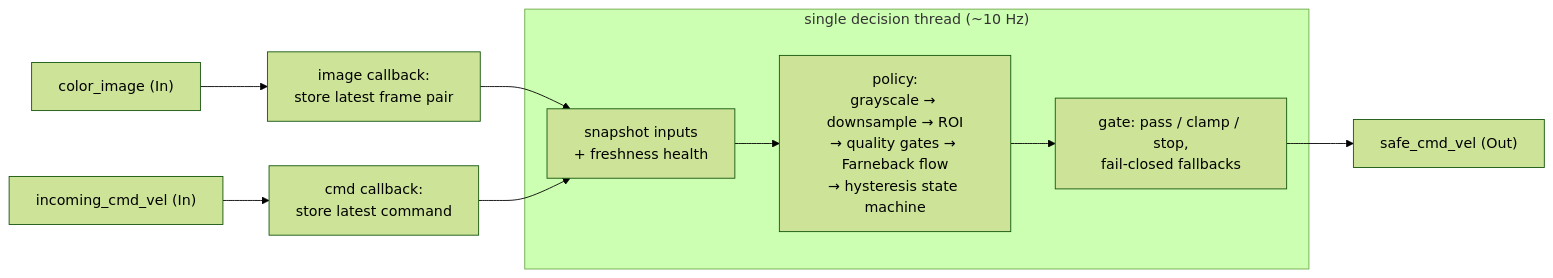
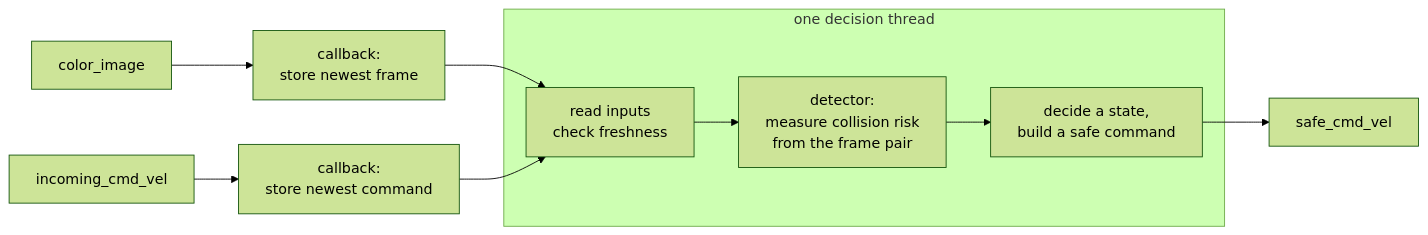
One commit to pmg5408/dimos-collision-guardrail changed the diagram in README.md. Above: the diagram before and after it, drawn with Mermaid (forest theme). The commit also changed other lines of this file, not shown here.

````diff
--- a/README.md
+++ b/README.md
@@ -24,12 +36,12 @@
 ```mermaid
 flowchart LR
-    CAM["color_image (In)"] --> CB1["image callback:<br/>store latest frame pair"]
-    NAV["incoming_cmd_vel (In)"] --> CB2["cmd callback:<br/>store latest command"]
+    CAM["color_image"] --> CB1["callback:<br/>store newest frame"]
+    NAV["incoming_cmd_vel"] --> CB2["callback:<br/>store newest command"]
     CB1 --> SNAP
     CB2 --> SNAP
-    subgraph WORKER["single decision thread (~10 Hz)"]
-        SNAP["snapshot inputs<br/>+ freshness health"] --> POL["policy:<br/>grayscale → downsample → ROI<br/>→ quality gates → Farneback flow<br/>→ hysteresis state machine"]
-        POL --> GATE["gate: pass / clamp / stop,<br/>fail-closed fallbacks"]
+    subgraph WORKER["one decision thread"]
+        SNAP["read inputs<br/>check freshness"] --> DET["detector:<br/>measure collision risk<br/>from the frame pair"]
+        DET --> GATE["decide a state,<br/>build a safe command"]
     end
-    GATE --> OUT["safe_cmd_vel (Out)"]
+    GATE --> OUT["safe_cmd_vel"]
 ```
````
